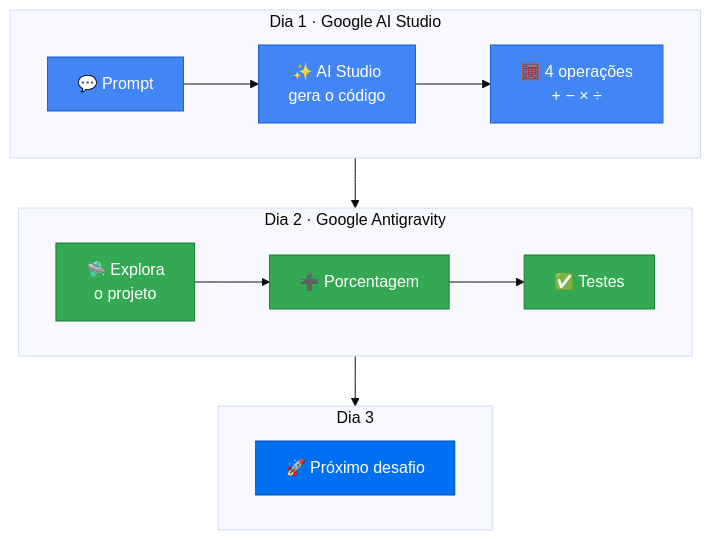
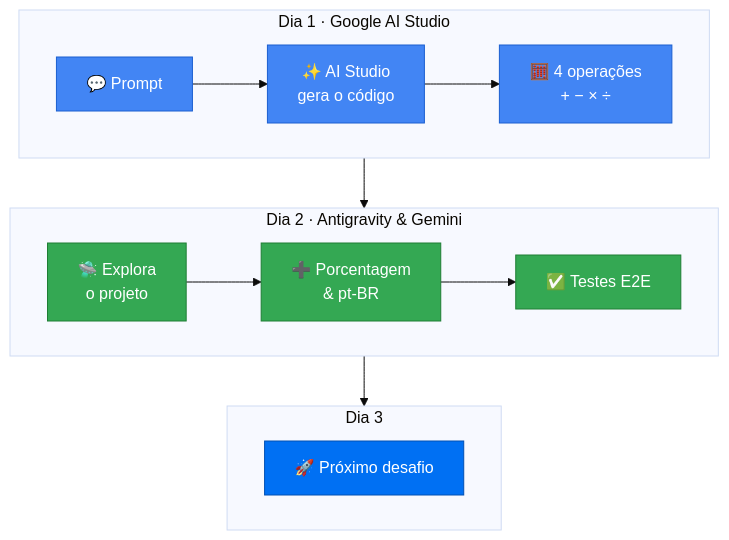
The diagram in README.md (R1c4rd0F4gund3s/imersao_alura), drawn with Mermaid (base theme) before and after one commit. The commit also changed other lines of this file and 1 other file, not shown here.

First line of the commit message:
docs: adiciona Google Gemini em Pair Programming e detalha testes E2E

````diff
--- a/README.md
+++ b/README.md
@@ -29,22 +30,22 @@
 ```mermaid
 flowchart TB
     subgraph D1["Dia 1 · Google AI Studio"]
         direction LR
         A["💬 Prompt"] --> B["✨ AI Studio<br/>gera o código"] --> C["🧮 4 operações<br/>+ − × ÷"]
     end
-    subgraph D2["Dia 2 · Google Antigravity"]
+    subgraph D2["Dia 2 · Antigravity & Gemini"]
         direction LR
-        D["🛸 Explora<br/>o projeto"] --> E["➕ Porcentagem"] --> F["✅ Testes"]
+        D["🛸 Explora<br/>o projeto"] --> E["➕ Porcentagem<br/>& pt-BR"] --> F["✅ Testes E2E"]
     end
     subgraph D3["Dia 3"]
         G["🚀 Próximo desafio"]
     end
     D1 --> D2 --> D3
 
     classDef studio fill:#4285F4,stroke:#1a5fd0,color:#fff
     classDef anti fill:#34A853,stroke:#1e7e34,color:#fff
     classDef next fill:#0070f3,stroke:#0050b3,color:#fff
     class A,B,C studio
     class D,E,F anti
     class G next
 ```
````
